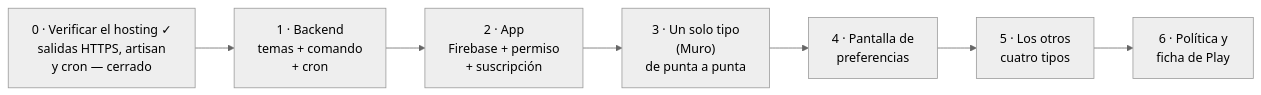
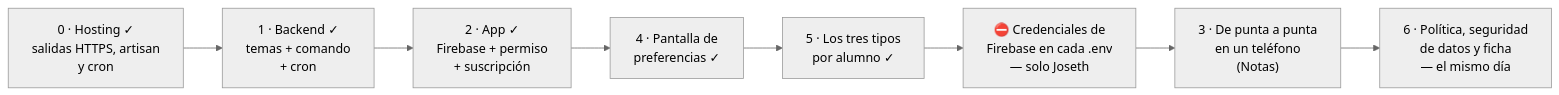
The second of 2 diagrams in docs/notificaciones.md (bluesky777/myvc_flutter), drawn with Mermaid (neutral theme) before and after one commit. The commit also changed other lines of this file and 2 other files, not shown here.

````diff
--- a/docs/notificaciones.md
+++ b/docs/notificaciones.md
@@ -475,9 +514,10 @@
 ```mermaid
 flowchart LR
-    V["0 · Verificar el hosting ✓<br/>salidas HTTPS, artisan<br/>y cron — cerrado"] --> B["1 · Backend<br/>temas + comando<br/>+ cron"]
-    B --> A["2 · App<br/>Firebase + permiso<br/>+ suscripción"]
-    A --> T["3 · Un solo tipo<br/>(Muro)<br/>de punta a punta"]
-    T --> P["4 · Pantalla de<br/>preferencias"]
-    P --> R["5 · Los otros<br/>cuatro tipos"]
-    R --> D["6 · Política y<br/>ficha de Play"]
+    V["0 · Hosting ✓<br/>salidas HTTPS, artisan<br/>y cron"] --> B["1 · Backend ✓<br/>temas + comando<br/>+ cron"]
+    B --> A["2 · App ✓<br/>Firebase + permiso<br/>+ suscripción"]
+    A --> P["4 · Pantalla de<br/>preferencias ✓"]
+    P --> R["5 · Los tres tipos<br/>por alumno ✓"]
+    R --> C["⛔ Credenciales de<br/>Firebase en cada .env<br/>— solo Joseth"]
+    C --> T["3 · De punta a punta<br/>en un teléfono<br/>(Notas)"]
+    T --> D["6 · Política, seguridad<br/>de datos y ficha<br/>— el mismo día"]
 ```
````
